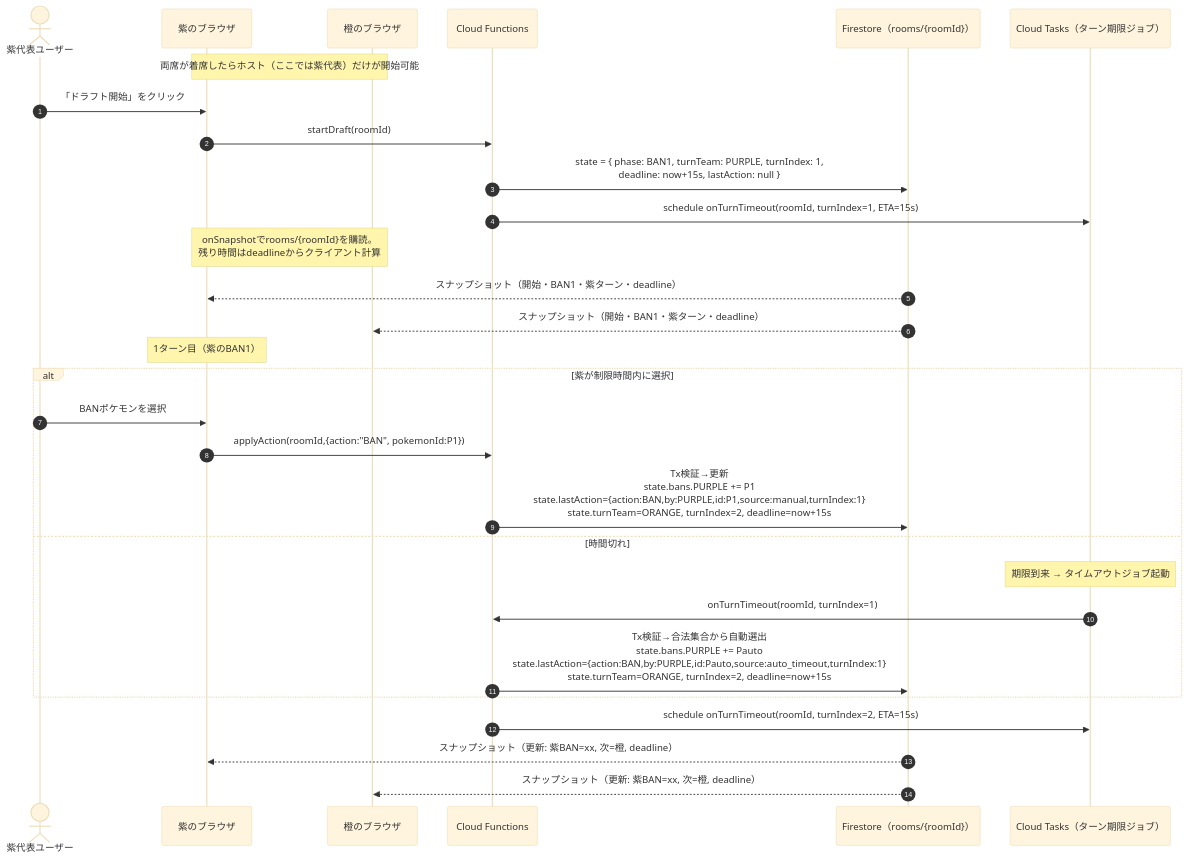
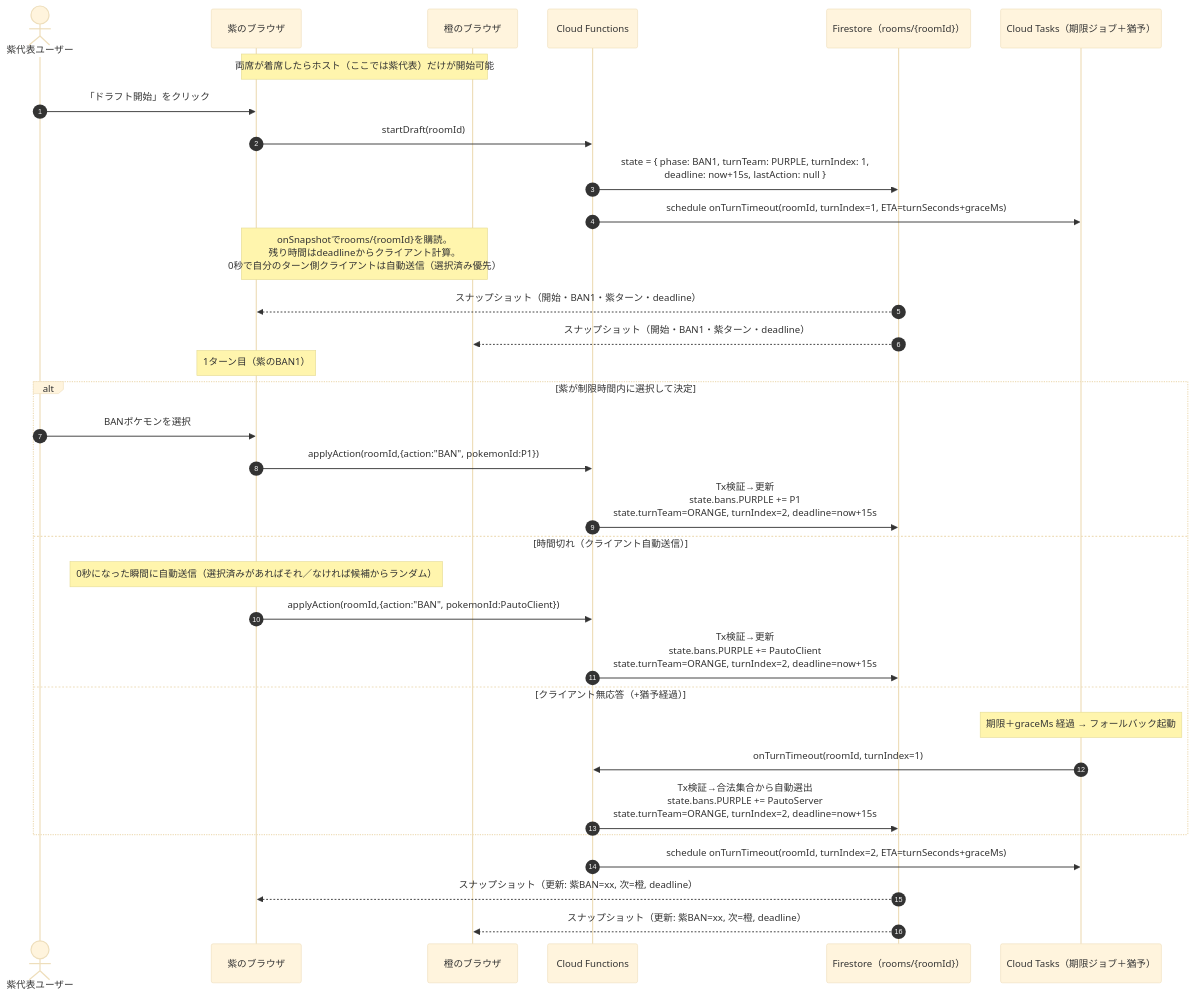
One commit to juv-shun/draft-simulator changed the diagram in docs/sequence_02_ドラフト1ターン目.md. Above: the diagram before and after it, drawn with Mermaid (base theme). The commit also changed 7 other files, not shown here.

````diff
--- a/docs/sequence_02_ドラフト1ターン目.md
+++ b/docs/sequence_02_ドラフト1ターン目.md
@@ -1,36 +1,40 @@
 ```mermaid
 sequenceDiagram
     autonumber
     actor Purple as 紫代表ユーザー
     participant PurpleClient as 紫のブラウザ
     participant OrangeClient as 橙のブラウザ
     participant Func as Cloud Functions
     participant DB as Firestore（rooms/{roomId}）
-    participant Tasks as Cloud Tasks（ターン期限ジョブ）
+    participant Tasks as Cloud Tasks（期限ジョブ＋猶予）
 
     Note over PurpleClient,OrangeClient: 両席が着席したらホスト（ここでは紫代表）だけが開始可能
     Purple->>PurpleClient: 「ドラフト開始」をクリック
     PurpleClient->>Func: startDraft(roomId)
     Func->>DB: state = { phase: BAN1, turnTeam: PURPLE, turnIndex: 1,<br />                          deadline: now+15s, lastAction: null }
-    Func->>Tasks: schedule onTurnTimeout(roomId, turnIndex=1, ETA=15s)
-    Note over PurpleClient,OrangeClient: onSnapshotでrooms/{roomId}を購読。<br />残り時間はdeadlineからクライアント計算
+    Func->>Tasks: schedule onTurnTimeout(roomId, turnIndex=1, ETA=turnSeconds+graceMs)
+    Note over PurpleClient,OrangeClient: onSnapshotでrooms/{roomId}を購読。<br />残り時間はdeadlineからクライアント計算。<br />0秒で自分のターン側クライアントは自動送信（選択済み優先）
     DB-->>PurpleClient: スナップショット（開始・BAN1・紫ターン・deadline）
     DB-->>OrangeClient: スナップショット（開始・BAN1・紫ターン・deadline）
 
-    %% 1ターン目：紫のBAN1（時間切れ分岐あり）
+    %% 1ターン目：紫のBAN1（時間切れ時は クライアント優先 → サーバ2秒フォールバック）
     Note over PurpleClient: 1ターン目（紫のBAN1）
-    alt 紫が制限時間内に選択
+    alt 紫が制限時間内に選択して決定
         Purple->>PurpleClient: BANポケモンを選択
         PurpleClient->>Func: applyAction(roomId,{action:"BAN", pokemonId:P1})
-        Func->>DB: Tx検証→更新<br />state.bans.PURPLE += P1<br />state.lastAction={action:BAN,by:PURPLE,id:P1,source:manual,turnIndex:1}<br />state.turnTeam=ORANGE, turnIndex=2, deadline=now+15s
-    else 時間切れ
-        Note over Tasks: 期限到来 → タイムアウトジョブ起動
+        Func->>DB: Tx検証→更新<br />state.bans.PURPLE += P1<br />state.turnTeam=ORANGE, turnIndex=2, deadline=now+15s
+    else 時間切れ（クライアント自動送信）
+        Note over PurpleClient: 0秒になった瞬間に自動送信（選択済みがあればそれ／なければ候補からランダム）
+        PurpleClient->>Func: applyAction(roomId,{action:"BAN", pokemonId:PautoClient})
+        Func->>DB: Tx検証→更新<br />state.bans.PURPLE += PautoClient<br />state.turnTeam=ORANGE, turnIndex=2, deadline=now+15s
+    else クライアント無応答（+猶予経過）
+        Note over Tasks: 期限＋graceMs 経過 → フォールバック起動
         Tasks->>Func: onTurnTimeout(roomId, turnIndex=1)
-        Func->>DB: Tx検証→合法集合から自動選出<br />state.bans.PURPLE += Pauto<br />state.lastAction={action:BAN,by:PURPLE,id:Pauto,source:auto_timeout,turnIndex:1}<br />state.turnTeam=ORANGE, turnIndex=2, deadline=now+15s
+        Func->>DB: Tx検証→合法集合から自動選出<br />state.bans.PURPLE += PautoServer<br />state.turnTeam=ORANGE, turnIndex=2, deadline=now+15s
     end
-    Func->>Tasks: schedule onTurnTimeout(roomId, turnIndex=2, ETA=15s)
+    Func->>Tasks: schedule onTurnTimeout(roomId, turnIndex=2, ETA=turnSeconds+graceMs)
     DB-->>PurpleClient: スナップショット（更新: 紫BAN=xx, 次=橙, deadline）
     DB-->>OrangeClient: スナップショット（更新: 紫BAN=xx, 次=橙, deadline）
 
-    %% 2ターン目：橙のBAN1（時間切れ分岐あり）
+    %% 2ターン目：橙のBAN1（以降も同様に クライアント優先 → サーバ猶予後フォールバック）
 ```
````
